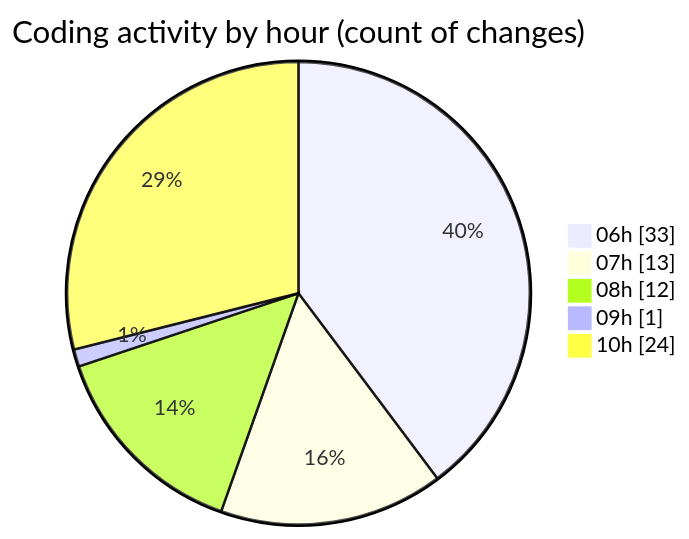
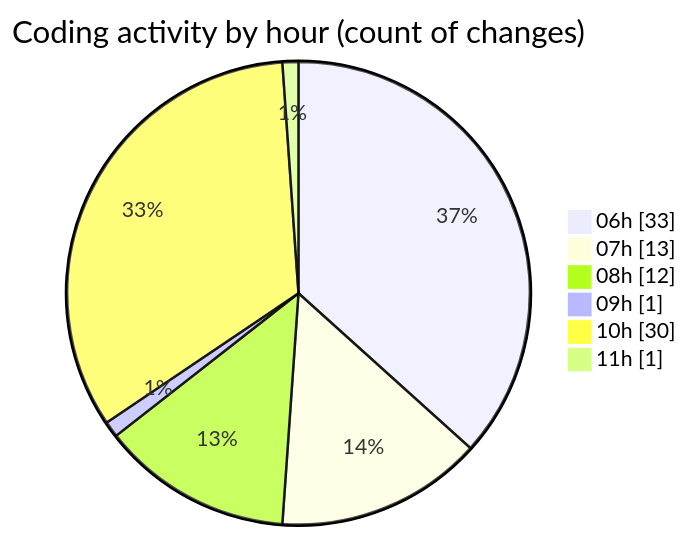
One commit to charlie-sans/code-tracking changed the second of 2 diagrams in 2025-02-21/micros/README.md. Above: the diagram before and after it, drawn with Mermaid. The commit also changed other lines of this file and 1 other file, not shown here.

````diff
--- a/2025-02-21/micros/README.md
+++ b/2025-02-21/micros/README.md
@@ -74,9 +76,10 @@
 ```mermaid
 pie showData
 title Coding activity by hour (count of changes)
 "06h" : 33
 "07h" : 13
 "08h" : 12
 "09h" : 1
-"10h" : 24
+"10h" : 30
+"11h" : 1
 ```
````
